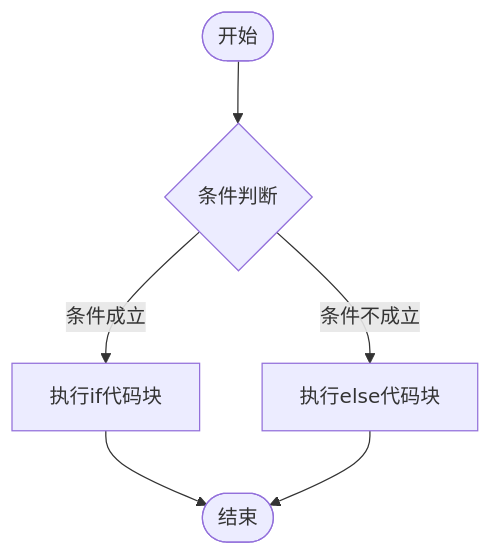
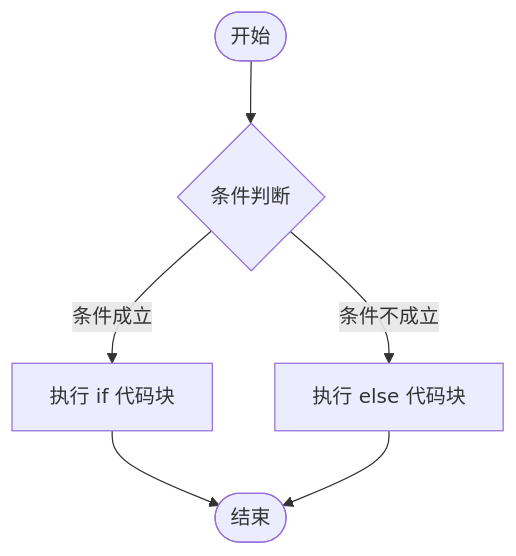
One commit to Rainboylvx/python-tutorial changed the diagram in docs/if.md. Above: the diagram before and after it, drawn with Mermaid. The commit also changed other lines of this file and 13 other files, not shown here.

````diff
--- a/docs/if.md
+++ b/docs/if.md
@@ -116,8 +127,8 @@
 ```mermaid
 graph TD
     Start([开始]) --> Condition{条件判断}
-    Condition -- 条件成立 --> Action1[执行if代码块]
+    Condition -- 条件成立 --> Action1[执行 if 代码块]
     Action1 --> End([结束])
-    Condition -- 条件不成立 --> Action2[执行else代码块]
+    Condition -- 条件不成立 --> Action2[执行 else 代码块]
     Action2 --> End
 ```
````
